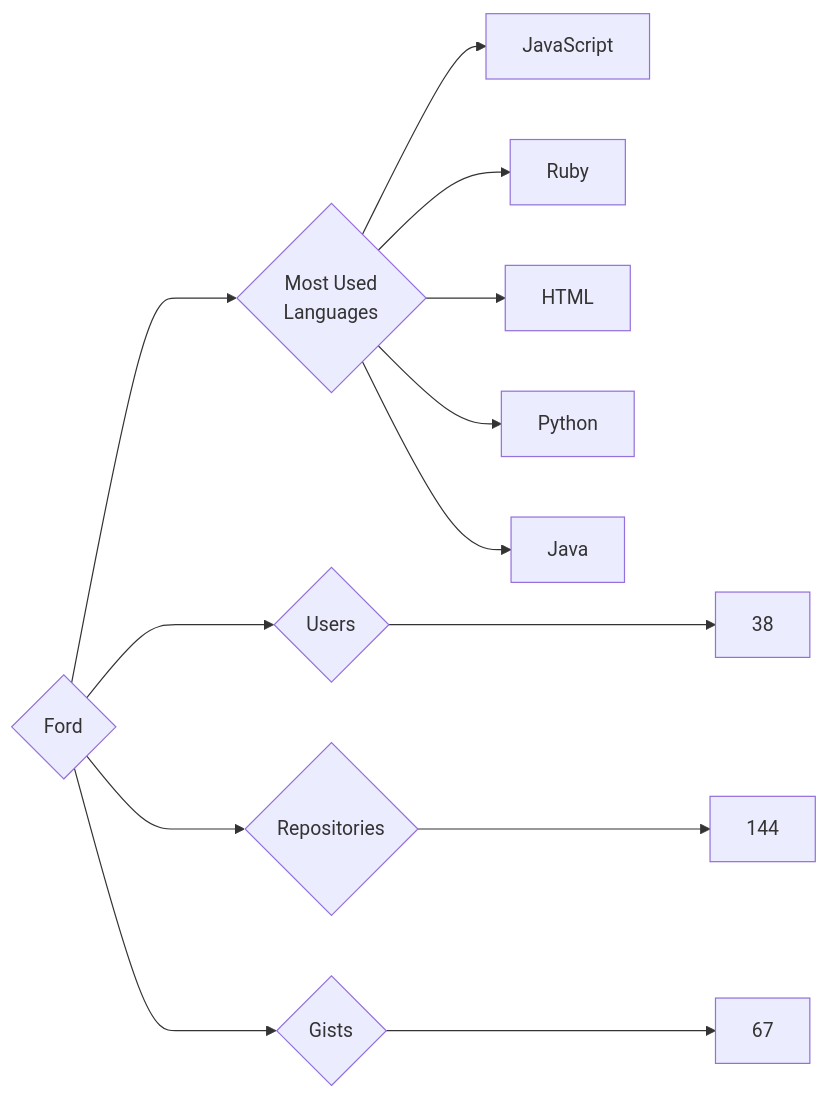
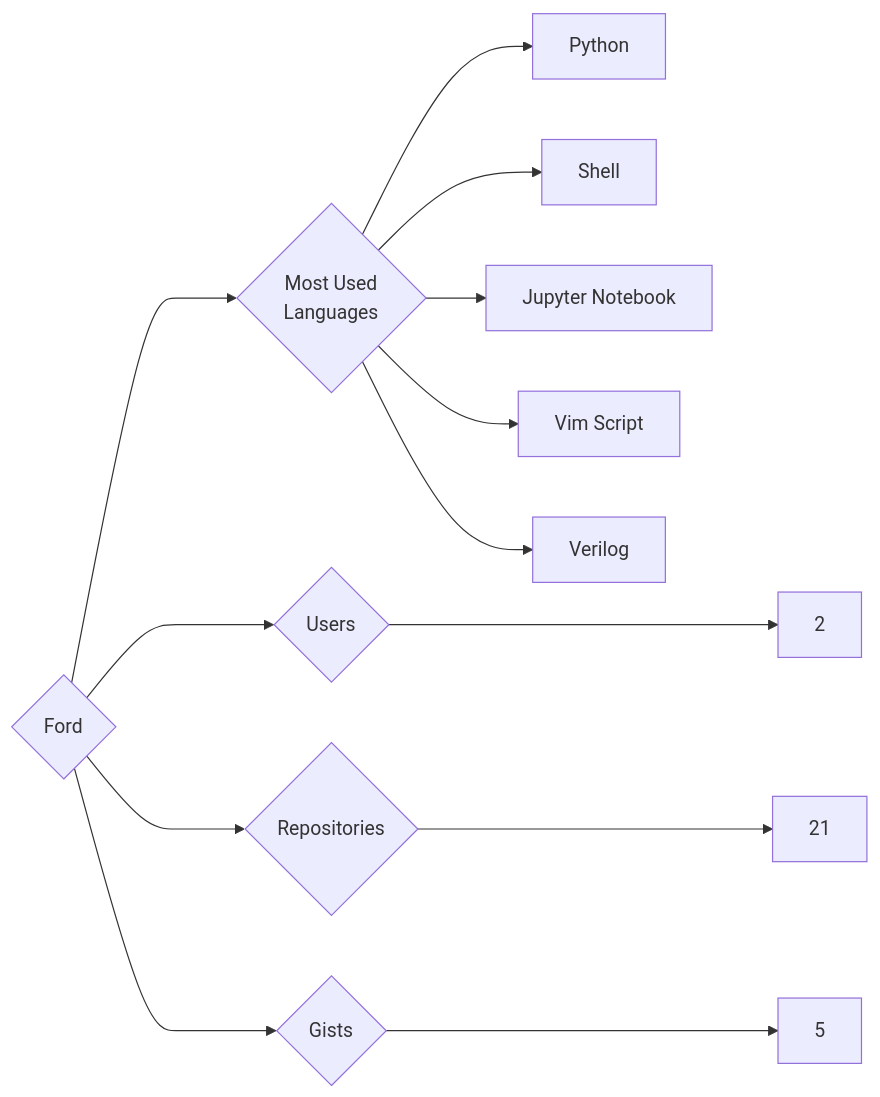
The diagram in targets/Ford/README.md (trickest/insiders), drawn with Mermaid before and after one commit. The commit also changed 699 other files, not shown here.

````diff
--- a/targets/Ford/README.md
+++ b/targets/Ford/README.md
@@ -3,13 +3,13 @@
 ```mermaid
 graph LR
 COMPANY_NAME{Ford}
-COMPANY_NAME ---> U{Users} ---> UN[38]
-COMPANY_NAME ---> R{Repositories} ---> RN[144]
-COMPANY_NAME ---> G{Gists} ---> GN[67]
+COMPANY_NAME ---> U{Users} ---> UN[2]
+COMPANY_NAME ---> R{Repositories} ---> RN[21]
+COMPANY_NAME ---> G{Gists} ---> GN[5]
 COMPANY_NAME ---> ML{Most Used<br>Languages}
-ML --> JavaScript[JavaScript]
-ML --> Ruby[Ruby]
-ML --> HTML[HTML]
 ML --> Python[Python]
-ML --> Java[Java]
+ML --> Shell[Shell]
+ML --> Jupyter_Notebook[Jupyter Notebook]
+ML --> Vim_Script[Vim Script]
+ML --> Verilog[Verilog]
 ```
````
